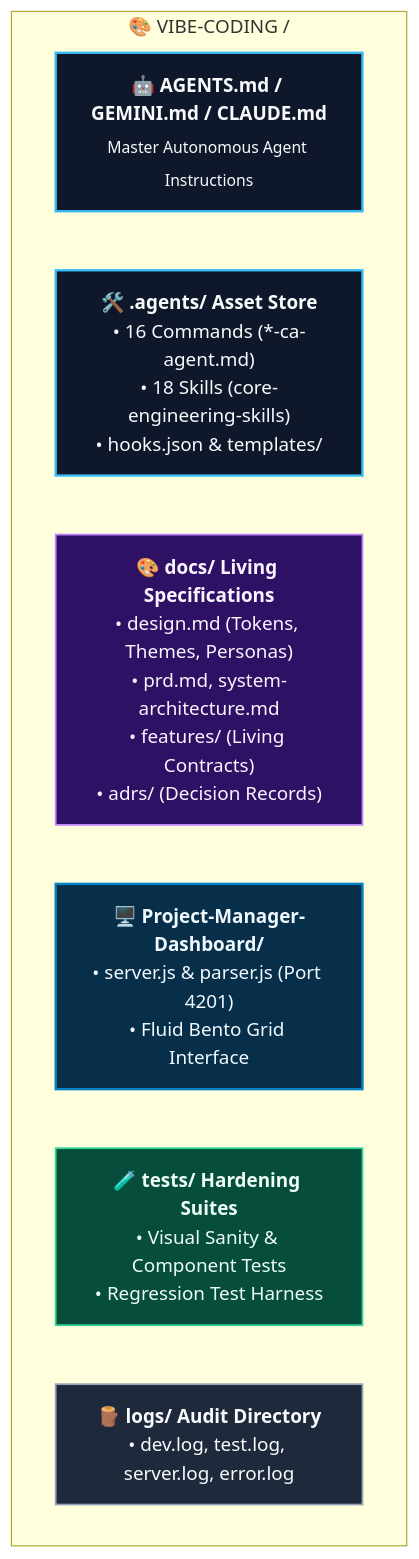
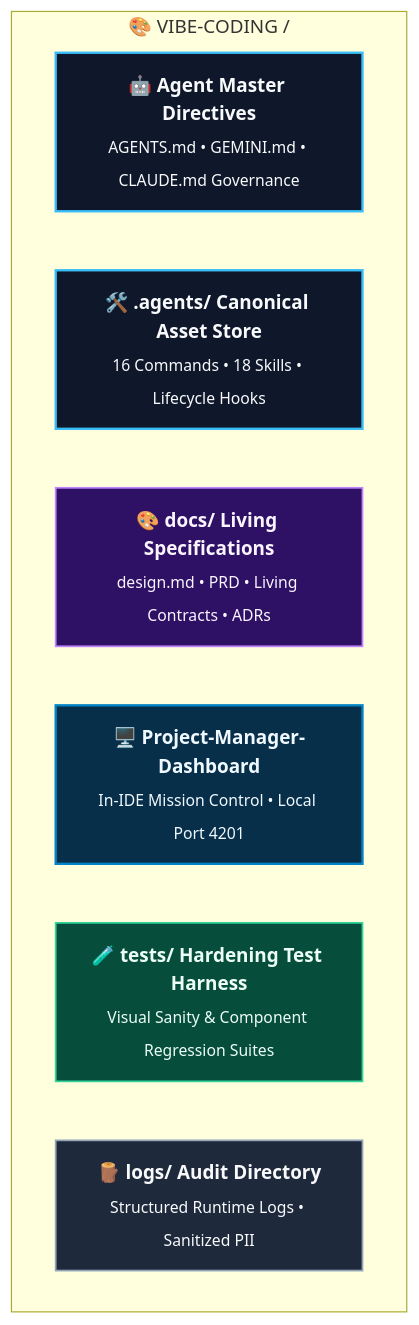
The third of 3 diagrams in Vibe-Coding-Chandan-Adhikary/Vibe-Coding/README.md (rmsofficialsyt/Agentic-AI-Vibe-Coding-AND-SDD-TDD-Codebase-Chandan-Adhikary), drawn with Mermaid before and after one commit. The commit also changed 14 other files, not shown here.

Commit message:
docs: standardize diagram card sizes, layouts, and UI sizing scale across frameworks

````diff
--- a/Vibe-Coding-Chandan-Adhikary/Vibe-Coding/README.md
+++ b/Vibe-Coding-Chandan-Adhikary/Vibe-Coding/README.md
@@ -161,17 +161,17 @@
 ```mermaid
 flowchart TD
     classDef agent fill:#0f172a,stroke:#38bdf8,stroke-width:2px,color:#f8fafc;
     classDef doc fill:#2e1065,stroke:#c084fc,stroke-width:1.5px,color:#faf5ff;
     classDef dash fill:#082f49,stroke:#0284c7,stroke-width:2px,color:#f0f9ff;
     classDef test fill:#064e3b,stroke:#34d399,stroke-width:1.5px,color:#ecfdf5;
     classDef log fill:#1e293b,stroke:#94a3b8,stroke-width:1.5px,color:#f8fafc;
 
     subgraph RepoRoot ["🎨 VIBE-CODING /"]
-        AGENTS["<b>🤖 AGENTS.md / GEMINI.md / CLAUDE.md</b><br/><sub>Master Autonomous Agent Instructions</sub>"]:::agent
-        AgentsDir["<b>🛠️ .agents/ Asset Store</b><br/>• 16 Commands (*-ca-agent.md)<br/>• 18 Skills (core-engineering-skills)<br/>• hooks.json & templates/"]:::agent
-        DocsDir["<b>🎨 docs/ Living Specifications</b><br/>• design.md (Tokens, Themes, Personas)<br/>• prd.md, system-architecture.md<br/>• features/ (Living Contracts)<br/>• adrs/ (Decision Records)"]:::doc
-        DashboardDir["<b>🖥️ Project-Manager-Dashboard/</b><br/>• server.js & parser.js (Port 4201)<br/>• Fluid Bento Grid Interface"]:::dash
-        TestsDir["<b>🧪 tests/ Hardening Suites</b><br/>• Visual Sanity & Component Tests<br/>• Regression Test Harness"]:::test
-        LogsDir["<b>🪵 logs/ Audit Directory</b><br/>• dev.log, test.log, server.log, error.log"]:::log
+        AGENTS["<b>🤖 Agent Master Directives</b><br/><sub>AGENTS.md • GEMINI.md • CLAUDE.md Governance</sub>"]:::agent
+        AgentsDir["<b>🛠️ .agents/ Canonical Asset Store</b><br/><sub>16 Commands • 18 Skills • Lifecycle Hooks</sub>"]:::agent
+        DocsDir["<b>🎨 docs/ Living Specifications</b><br/><sub>design.md • PRD • Living Contracts • ADRs</sub>"]:::doc
+        DashboardDir["<b>🖥️ Project-Manager-Dashboard</b><br/><sub>In-IDE Mission Control • Local Port 4201</sub>"]:::dash
+        TestsDir["<b>🧪 tests/ Hardening Test Harness</b><br/><sub>Visual Sanity & Component Regression Suites</sub>"]:::test
+        LogsDir["<b>🪵 logs/ Audit Directory</b><br/><sub>Structured Runtime Logs • Sanitized PII</sub>"]:::log
     end
 ```
````
